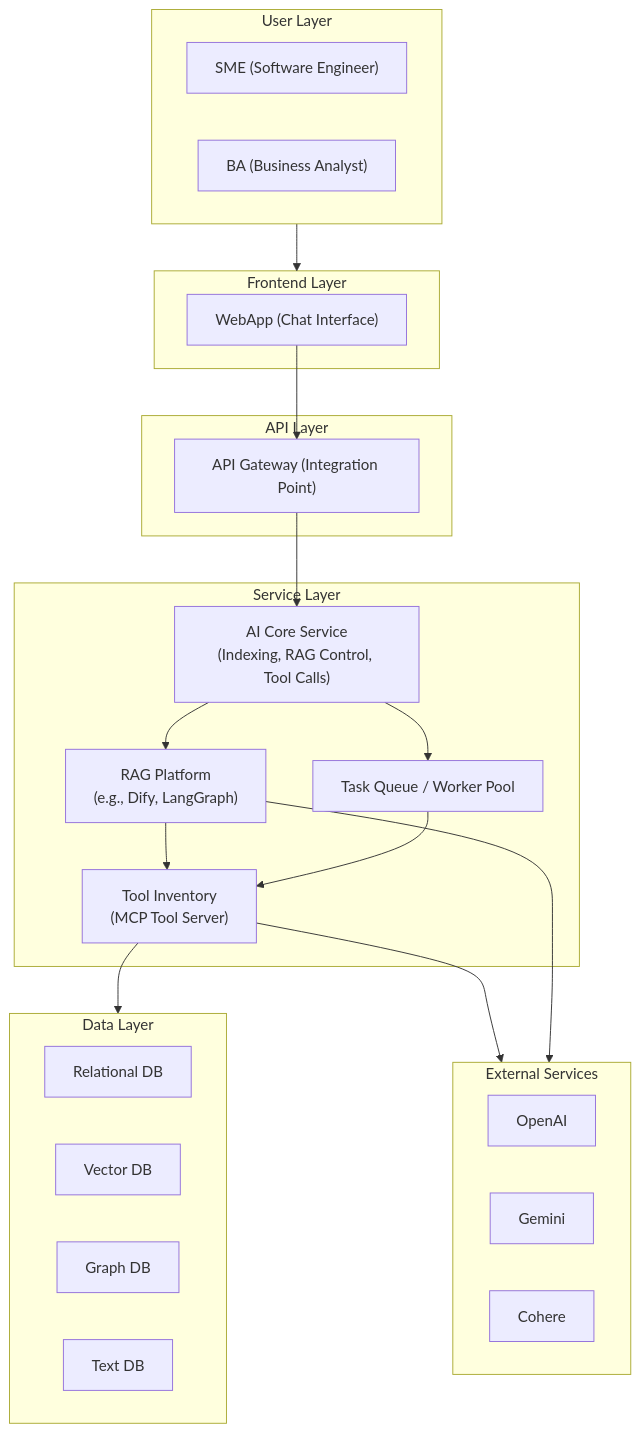
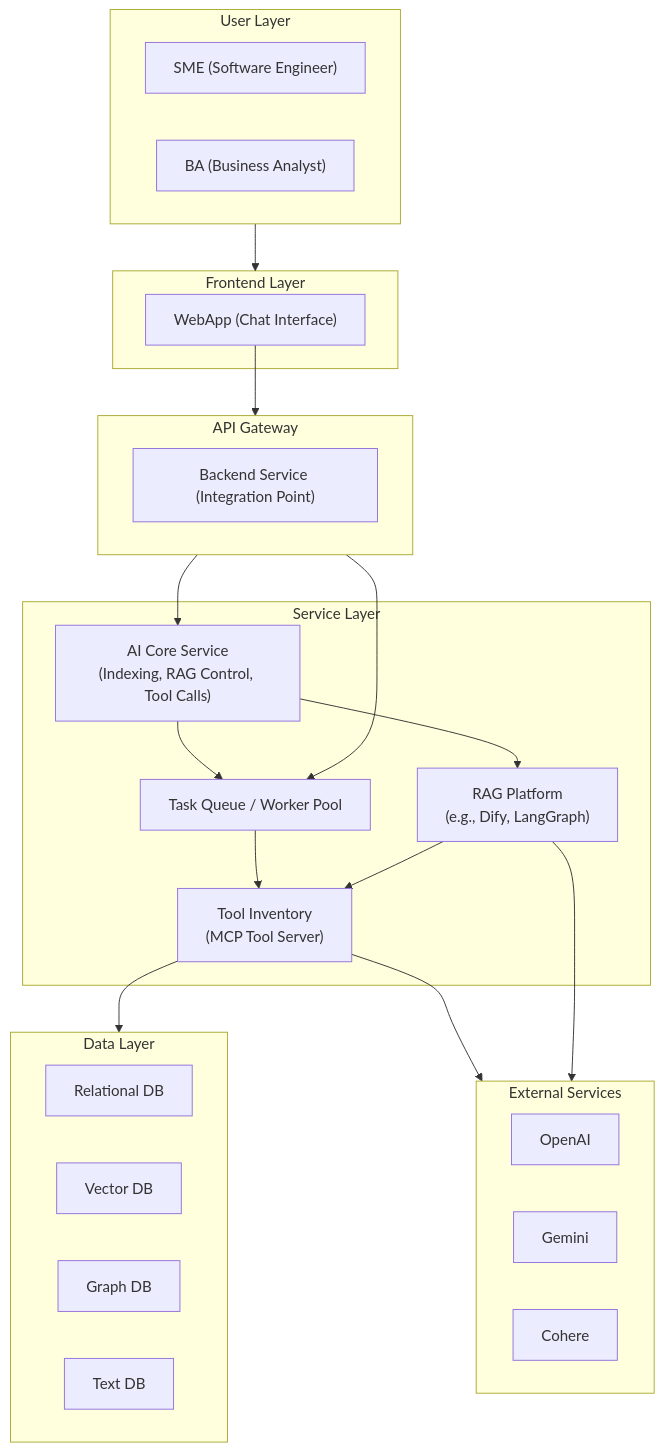
One commit to anhttmle/CAIO changed the second of 3 diagrams in Project Assistant/README.md. Above: the diagram before and after it, drawn with Mermaid. The commit also changed other lines of this file, not shown here.

````diff
--- a/Project Assistant/README.md
+++ b/Project Assistant/README.md
@@ -28,51 +28,51 @@
 ```mermaid
 
 graph TB
     subgraph LUser["User Layer"]
         SME["SME (Software Engineer)"]
         BA["BA (Business Analyst)"]
     end
 
     subgraph LFrontend["Frontend Layer"]
         WebApp["WebApp (Chat Interface)"]
     end
 
-    subgraph LAPI["API Layer"]
-        APIGateway["API Gateway (Integration Point)"]
+    subgraph LAPI["API Gateway"]
+        BE["Backend Service (Integration Point)"]
     end
 
     subgraph LService["Service Layer"]
-        AICore["AI Core Service<br>(Indexing, RAG Control, Tool Calls)"]
+        AI["AI Core Service<br>(Indexing, RAG Control, Tool Calls)"]
+        Worker["Task Queue / Worker Pool"]
         RAGPlatform["RAG Platform<br>(e.g., Dify, LangGraph)"]
         ToolInventory["Tool Inventory<br>(MCP Tool Server)"]
-        Worker["Task Queue / Worker Pool"]
     end
 
     subgraph LData["Data Layer"]
         RelDB["Relational DB"]
         VecDB["Vector DB"]
         GraphDB["Graph DB"]
         TextDB["Text DB"]
     end
 
     subgraph LExternal["External Services"]
         OpenAI["OpenAI"]
         Gemini["Gemini"]
         Cohere["Cohere"]
     end
 
     LUser --> LFrontend
+    WebApp --> LAPI
+    LAPI --> AI
     
-    WebApp --> APIGateway
-    APIGateway --> AICore
-
-    AICore --> RAGPlatform
+    AI --> RAGPlatform
+    AI --> Worker
+    LAPI --> Worker
+    Worker --> ToolInventory
     RAGPlatform --> ToolInventory
-    AICore --> Worker
-    Worker --> ToolInventory
 
     ToolInventory --> LData
     ToolInventory --> LExternal
     RAGPlatform --> LExternal
 
 ```
````
